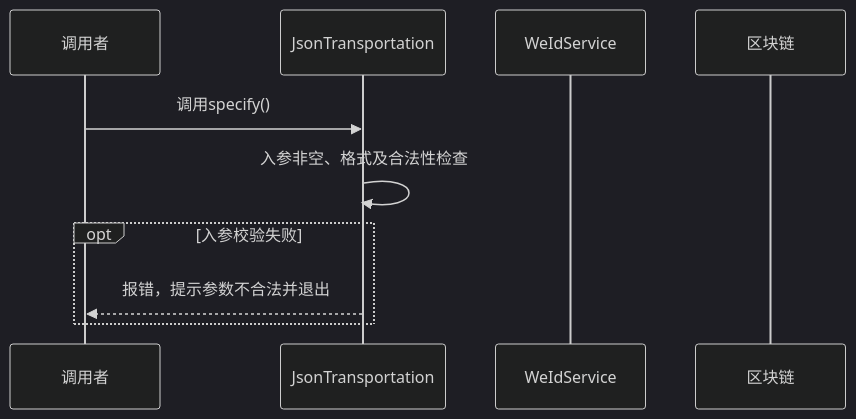
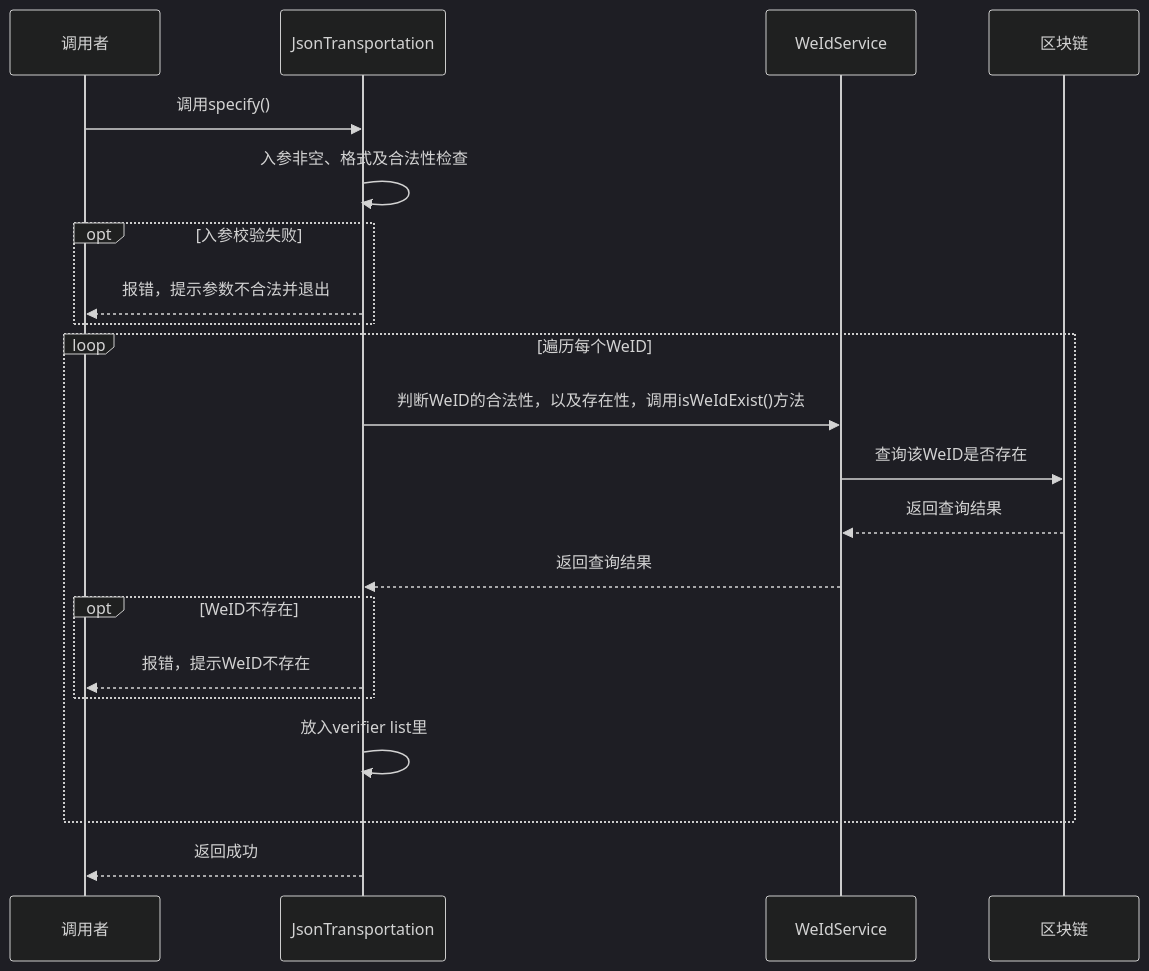
One commit to WeBankBlockchain/WeIdentity changed diagram 32 of 37 in docs/zh_CN/docs/weidentity-java-sdk-doc.rst. Above: the diagram before and after it, drawn with Mermaid (dark theme). The commit also changed other lines of this file, not shown here.

Commit message:
* fix sequence diagram error

```diff
--- a/docs/zh_CN/docs/weidentity-java-sdk-doc.rst
+++ b/docs/zh_CN/docs/weidentity-java-sdk-doc.rst
@@ -10479,13 +10479,24 @@
 .. mermaid::
 
 
    sequenceDiagram
    participant 调用者
    participant JsonTransportation
    participant WeIdService
    participant 区块链
    调用者->>JsonTransportation: 调用specify()
    JsonTransportation->>JsonTransportation: 入参非空、格式及合法性检查
    opt 入参校验失败
    JsonTransportation-->>调用者: 报错，提示参数不合法并退出
    end
+   loop 遍历每个WeID
+   JsonTransportation->>WeIdService: 判断WeID的合法性，以及存在性，调用isWeIdExist()方法
+   WeIdService->>区块链: 查询该WeID是否存在
+   区块链-->>WeIdService: 返回查询结果
+   WeIdService-->>JsonTransportation: 返回查询结果
+   opt WeID不存在
+   JsonTransportation-->>调用者: 报错，提示WeID不存在
+   end
+   JsonTransportation->>JsonTransportation: 放入verifier list里
+   end
+   JsonTransportation-->>调用者: 返回成功
```
